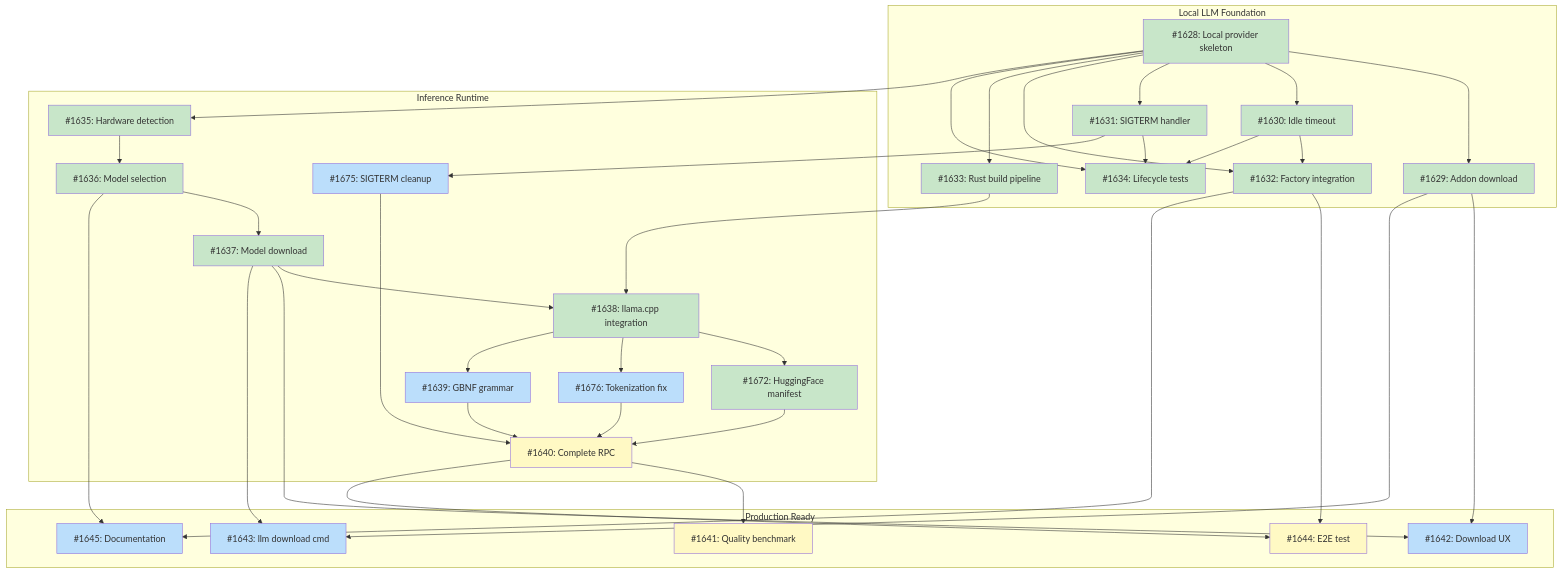
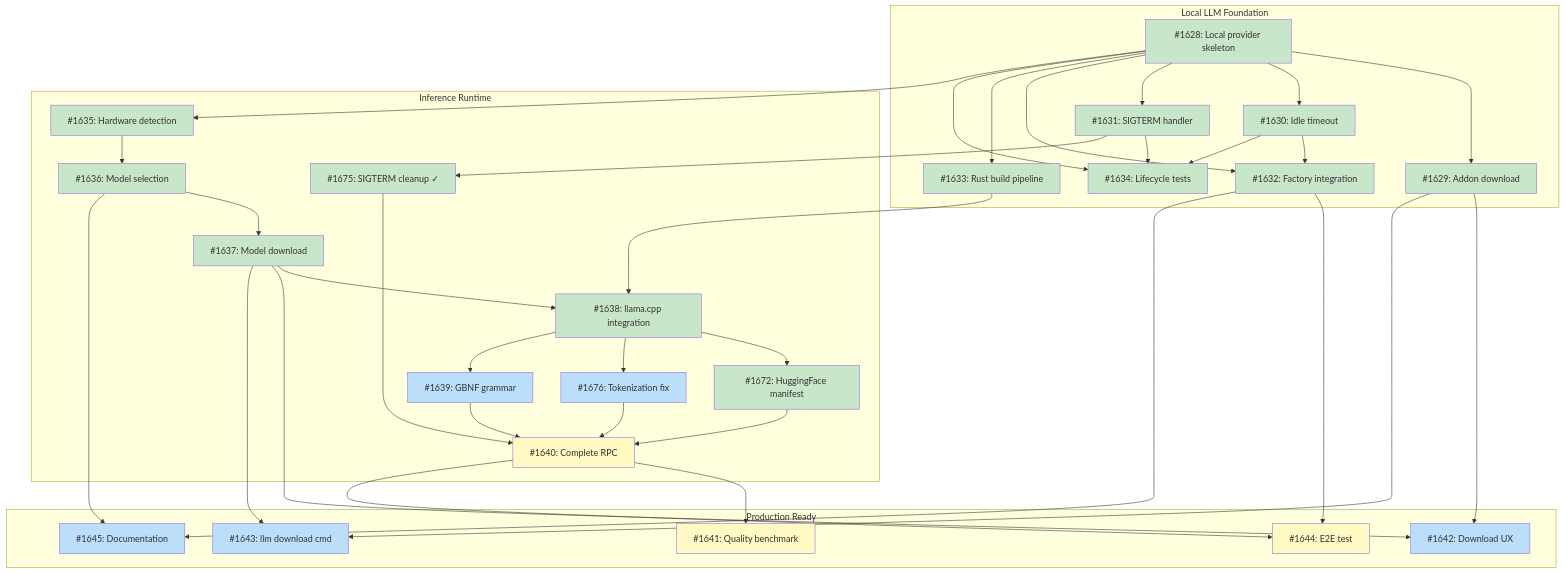
The diagram in docs/designs/DESIGN-local-llm-runtime.md (tsukumogami/tsuku), drawn with Mermaid before and after one commit. The commit also changed other lines of this file, not shown here.

Commit message:
docs(llm): mark #1675 as done in design doc

````diff
--- a/docs/designs/DESIGN-local-llm-runtime.md
+++ b/docs/designs/DESIGN-local-llm-runtime.md
@@ -80,73 +80,73 @@
 ```mermaid
 graph TD
     subgraph M1["Local LLM Foundation"]
         I1628["#1628: Local provider skeleton"]
         I1629["#1629: Addon download"]
         I1630["#1630: Idle timeout"]
         I1631["#1631: SIGTERM handler"]
         I1632["#1632: Factory integration"]
         I1633["#1633: Rust build pipeline"]
         I1634["#1634: Lifecycle tests"]
     end
 
     subgraph M2["Inference Runtime"]
         I1635["#1635: Hardware detection"]
         I1636["#1636: Model selection"]
         I1637["#1637: Model download"]
         I1638["#1638: llama.cpp integration"]
         I1672["#1672: HuggingFace manifest"]
-        I1675["#1675: SIGTERM cleanup"]
+        I1675["#1675: SIGTERM cleanup ✓"]
         I1676["#1676: Tokenization fix"]
         I1639["#1639: GBNF grammar"]
         I1640["#1640: Complete RPC"]
     end
 
     subgraph M3["Production Ready"]
         I1641["#1641: Quality benchmark"]
         I1642["#1642: Download UX"]
         I1643["#1643: llm download cmd"]
         I1644["#1644: E2E test"]
         I1645["#1645: Documentation"]
     end
 
     I1628 --> I1629
     I1628 --> I1630
     I1628 --> I1631
     I1628 --> I1632
     I1630 --> I1632
     I1628 --> I1633
     I1628 --> I1634
     I1630 --> I1634
     I1631 --> I1634
     I1628 --> I1635
     I1635 --> I1636
     I1636 --> I1637
     I1633 --> I1638
     I1637 --> I1638
     I1638 --> I1672
     I1631 --> I1675
     I1638 --> I1676
     I1638 --> I1639
     I1672 --> I1640
     I1675 --> I1640
     I1676 --> I1640
     I1639 --> I1640
     I1640 --> I1641
     I1629 --> I1642
     I1637 --> I1642
     I1629 --> I1643
     I1637 --> I1643
     I1640 --> I1644
     I1632 --> I1644
     I1632 --> I1645
     I1636 --> I1645
 
     classDef done fill:#c8e6c9
     classDef ready fill:#bbdefb
     classDef blocked fill:#fff9c4
     classDef needsDesign fill:#e1bee7
 
-    class I1628,I1629,I1630,I1631,I1632,I1633,I1634,I1635,I1636,I1637,I1638,I1672 done
-    class I1639,I1642,I1643,I1645,I1675,I1676 ready
+    class I1628,I1629,I1630,I1631,I1632,I1633,I1634,I1635,I1636,I1637,I1638,I1672,I1675 done
+    class I1639,I1642,I1643,I1645,I1676 ready
     class I1640,I1641,I1644 blocked
 ```
````
